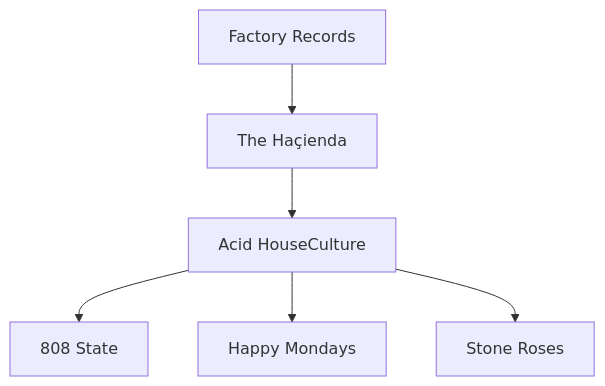
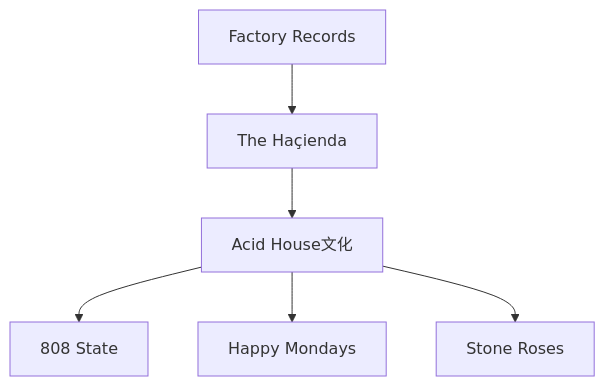
Before and after one commit to monumental-movement/monumental-movement.github.io: the second of 17 diagrams in en/_posts/2026-05-24-column-808-state.md, drawn with Mermaid. The commit also changed other lines of this file and 1012 other files, not shown here.

```diff
--- a/en/_posts/2026-05-24-column-808-state.md
+++ b/en/_posts/2026-05-24-column-808-state.md
@@ -88,8 +88,8 @@
 <div class="mermaid">
 flowchart TD
 A[Factory Records] --> B[The Haçienda]
-B --> C[Acid HouseCulture]
+B --> C[Acid House文化]
 C --> D[808 State]
 C --> E[Happy Mondays]
 C --> F[Stone Roses]
 </div>
```
